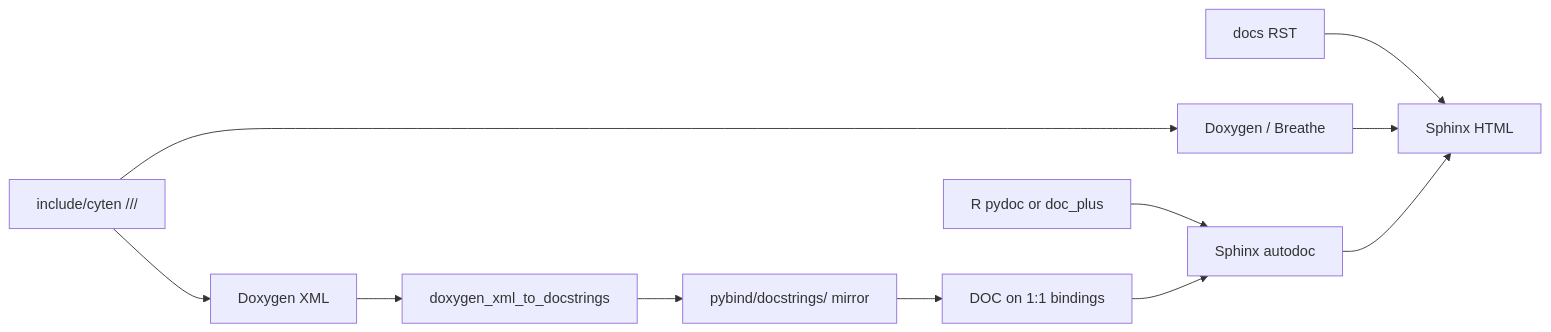
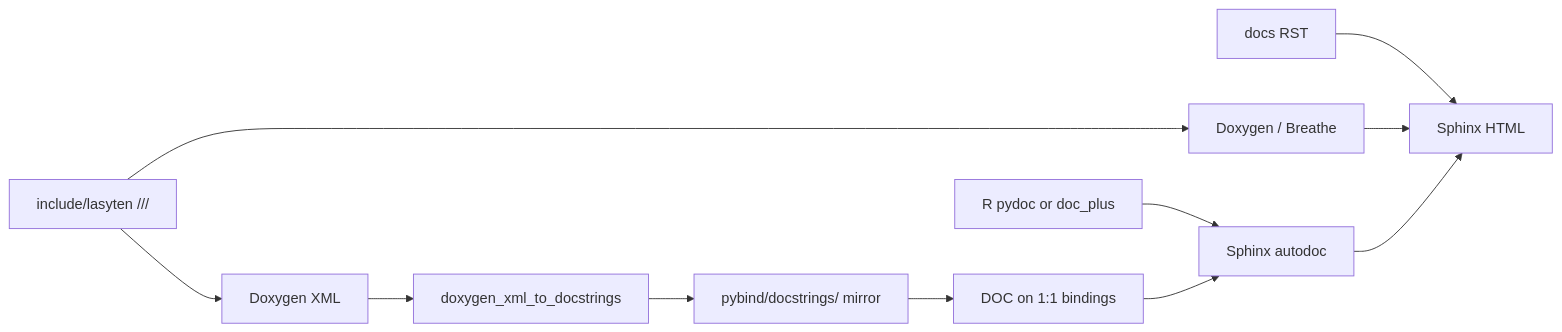
Before and after one commit to tenpy/cyten: the diagram in docs/cpp_conversion/docstring_porting.md, drawn with Mermaid. The commit also changed other lines of this file and 616 other files, not shown here.

Commit message:
RENAME cyten -> lasyten

````diff
--- a/docs/cpp_conversion/docstring_porting.md
+++ b/docs/cpp_conversion/docstring_porting.md
@@ -27,13 +27,13 @@
 ```mermaid
 flowchart LR
-  headers["include/cyten ///"] --> doxygen["Doxygen XML"]
+  headers["include/lasyten ///"] --> doxygen["Doxygen XML"]
   doxygen --> script["doxygen_xml_to_docstrings"]
   script --> docsh["pybind/docstrings/ mirror"]
   docsh --> direct["DOC on 1:1 bindings"]
   wrappers["R pydoc or doc_plus"] --> autodoc["Sphinx autodoc"]
   direct --> autodoc
   rst["docs RST"] --> sphinx["Sphinx HTML"]
   headers --> breathe["Doxygen / Breathe"]
   breathe --> sphinx
   autodoc --> sphinx
 ```
````
